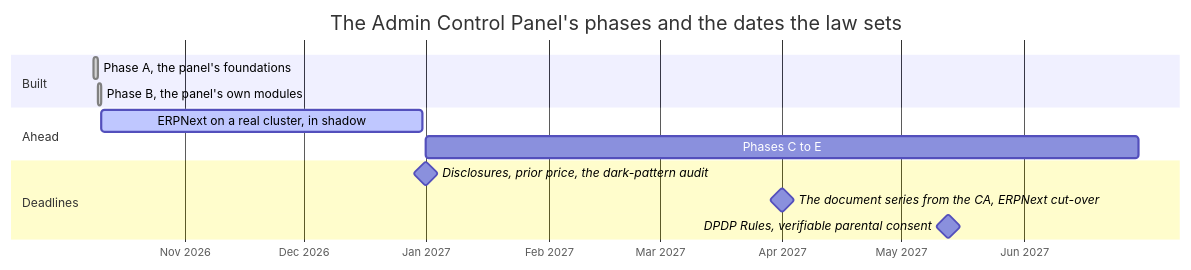
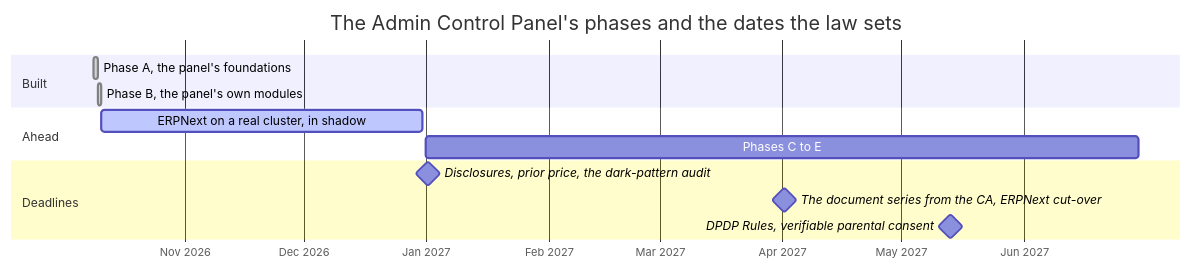
The second of 3 diagrams in docs/README.md (LazyIndianBook/platform), drawn with Mermaid before and after one commit. The commit also changed 2 other files, not shown here.

Commit message:
Portal: the hub's links as the home page, the repository's page, lists inside callouts, the design records' assets

````diff
--- a/docs/README.md
+++ b/docs/README.md
@@ -127,16 +127,16 @@
 ```mermaid
 gantt
     title The Admin Control Panel's phases and the dates the law sets
     dateFormat YYYY-MM-DD
     axisFormat %b %Y
     section Built
     Phase A, the panel's foundations      :done, a, 2026-10-09, 1d
     Phase B, the panel's own modules      :done, b, 2026-10-10, 1d
     section Ahead
     ERPNext on a real cluster, in shadow  :active, c, 2026-10-11, 2026-12-31
     Phases C to E                         :e, 2027-01-01, 2027-06-30
     section Deadlines
-    Disclosures, prior price, the dark-pattern audit :milestone, m1, 2027-01-01, 0d
-    The document series from the CA, ERPNext cut-over :milestone, m2, 2027-04-01, 0d
-    DPDP Rules, verifiable parental consent :milestone, m3, 2027-05-13, 0d
+    Disclosures, prior price, the dark-pattern audit :milestone, m1, 2027-01-01, 1d
+    The document series from the CA, ERPNext cut-over :milestone, m2, 2027-04-01, 1d
+    DPDP Rules, verifiable parental consent :milestone, m3, 2027-05-13, 1d
 ```
````
